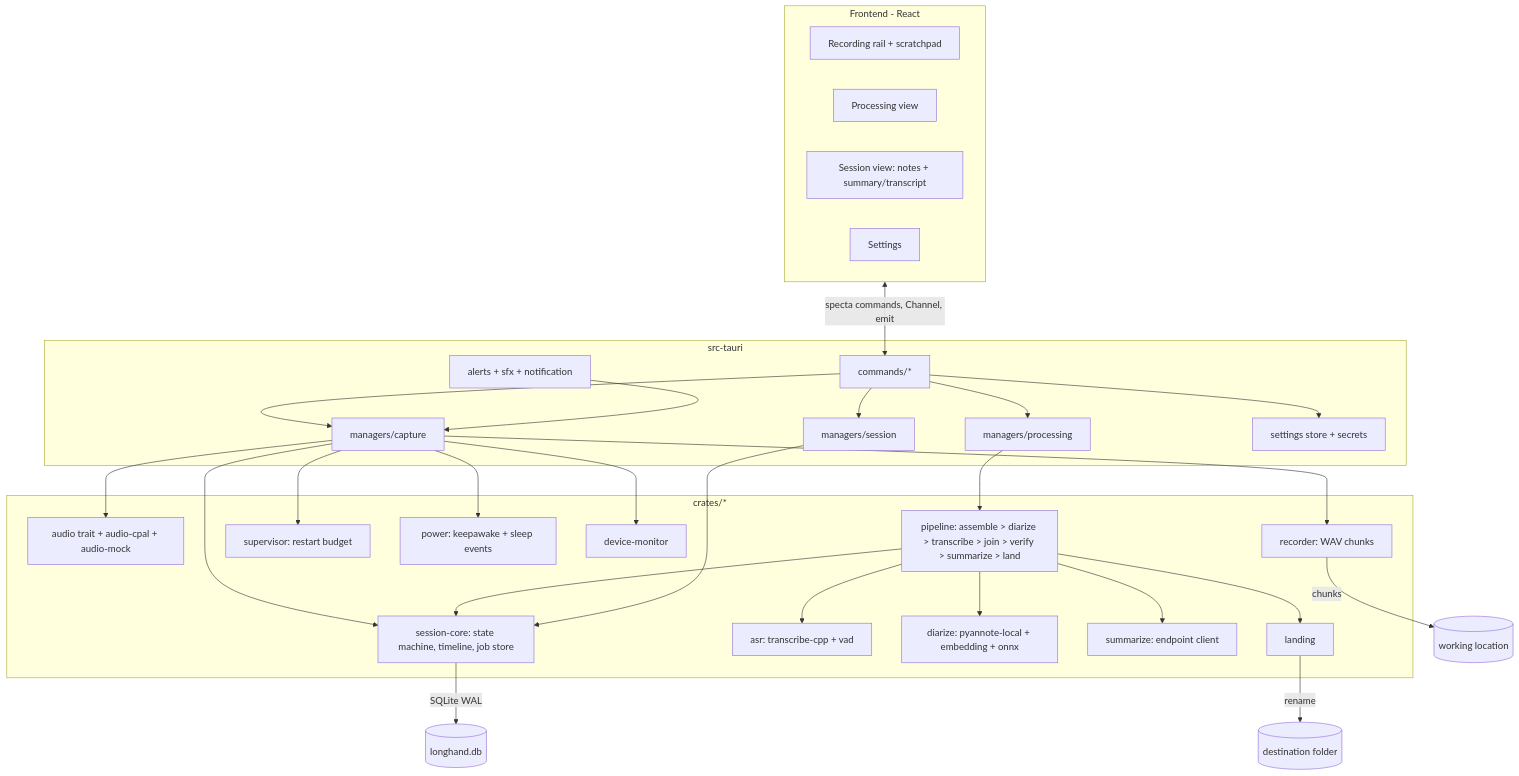
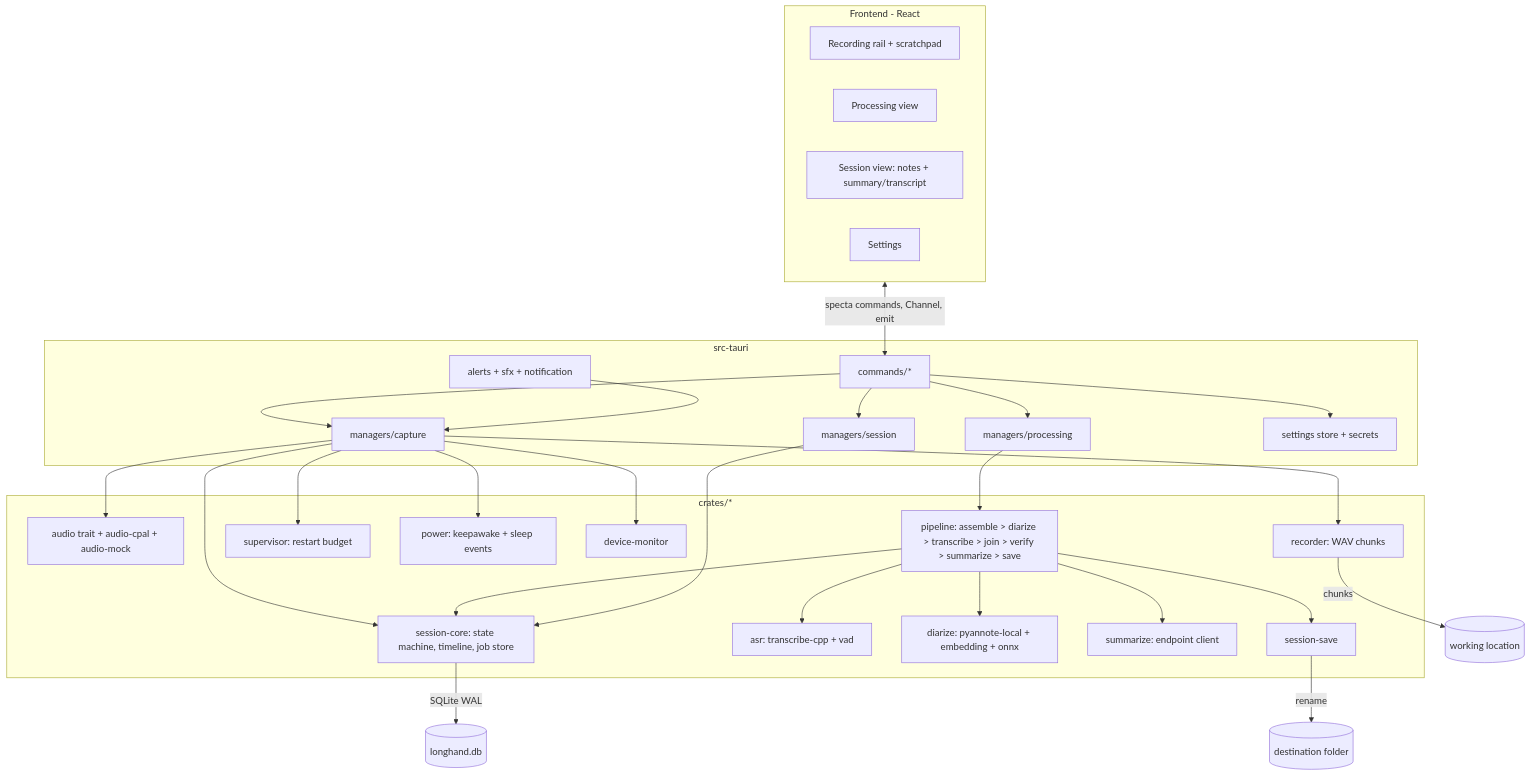
One commit to twistymaze/longhand changed the first of 4 diagrams in docs/plans/2026-09-21-2052-feat-longhand-walking-skeleton-plan.md. Above: the diagram before and after it, drawn with Mermaid. The commit also changed other lines of this file and 3 other files, not shown here.

````diff
--- a/docs/plans/2026-09-21-2052-feat-longhand-walking-skeleton-plan.md
+++ b/docs/plans/2026-09-21-2052-feat-longhand-walking-skeleton-plan.md
@@ -333,41 +333,41 @@
 ```mermaid
 flowchart TB
   subgraph FE[Frontend - React]
     Rail[Recording rail + scratchpad]
     Proc[Processing view]
     Read[Session view: notes + summary/transcript]
     Settings[Settings]
   end
   subgraph App[src-tauri]
     Cmds[commands/*]
     CapMgr[managers/capture]
     SessMgr[managers/session]
     ProcMgr[managers/processing]
     Alerts[alerts + sfx + notification]
     Store[settings store + secrets]
   end
   subgraph Lib[crates/*]
     Audio[audio trait + audio-cpal + audio-mock]
     Rec[recorder: WAV chunks]
     Sup[supervisor: restart budget]
     Power[power: keepawake + sleep events]
     DevMon[device-monitor]
     Core[session-core: state machine, timeline, job store]
-    Pipe[pipeline: assemble > diarize > transcribe > join > verify > summarize > land]
+    Pipe[pipeline: assemble > diarize > transcribe > join > verify > summarize > save]
     ASR[asr: transcribe-cpp + vad]
     Diar[diarize: pyannote-local + embedding + onnx]
     Sum[summarize: endpoint client]
-    Land[landing]
+    Save[session-save]
   end
   FE <-->|specta commands, Channel, emit| Cmds
   Cmds --> CapMgr & SessMgr & ProcMgr & Store
   CapMgr --> Audio & Rec & Sup & Power & DevMon
   CapMgr --> Core
-  ProcMgr --> Pipe --> ASR & Diar & Sum & Land
+  ProcMgr --> Pipe --> ASR & Diar & Sum & Save
   Pipe --> Core
   SessMgr --> Core
   Alerts --> CapMgr
   Core -->|SQLite WAL| DB[(longhand.db)]
   Rec -->|chunks| Work[(working location)]
-  Land -->|rename| Dest[(destination folder)]
+  Save -->|rename| Dest[(destination folder)]
 ```
````
